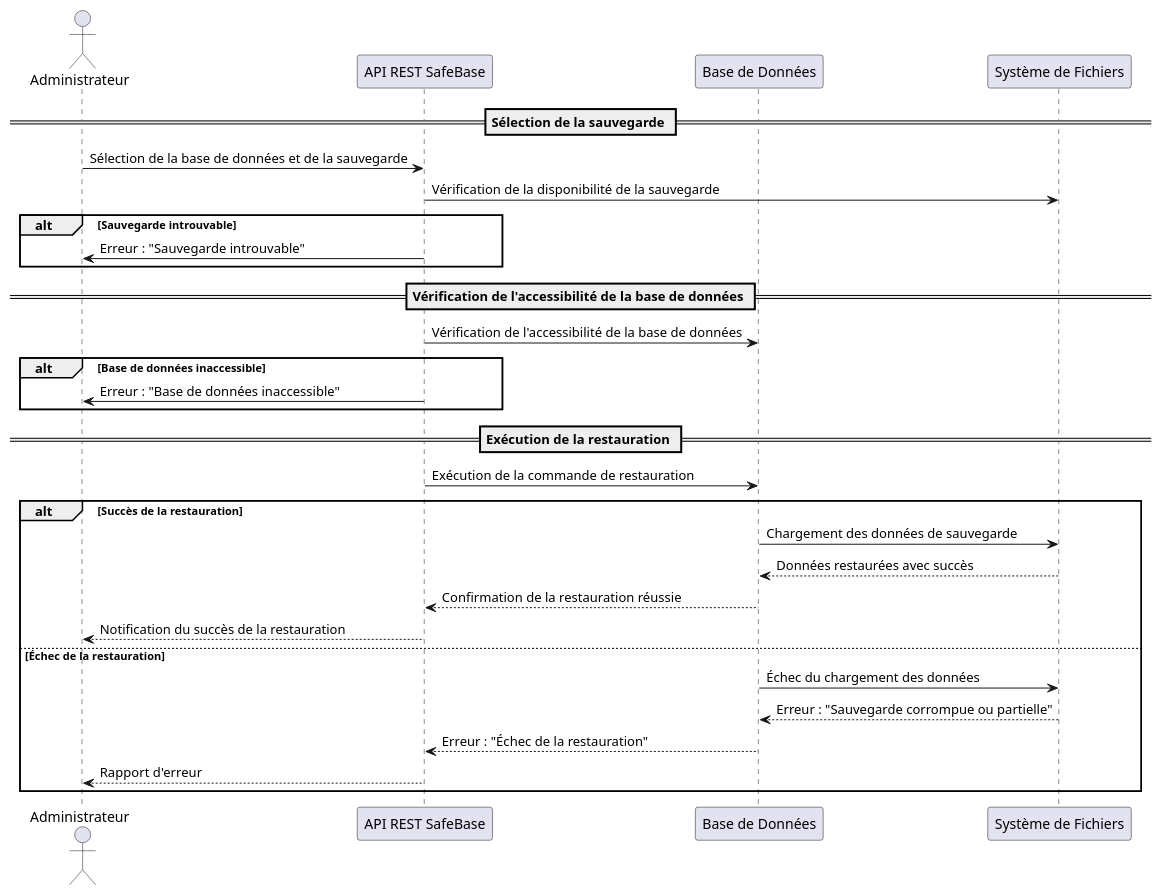
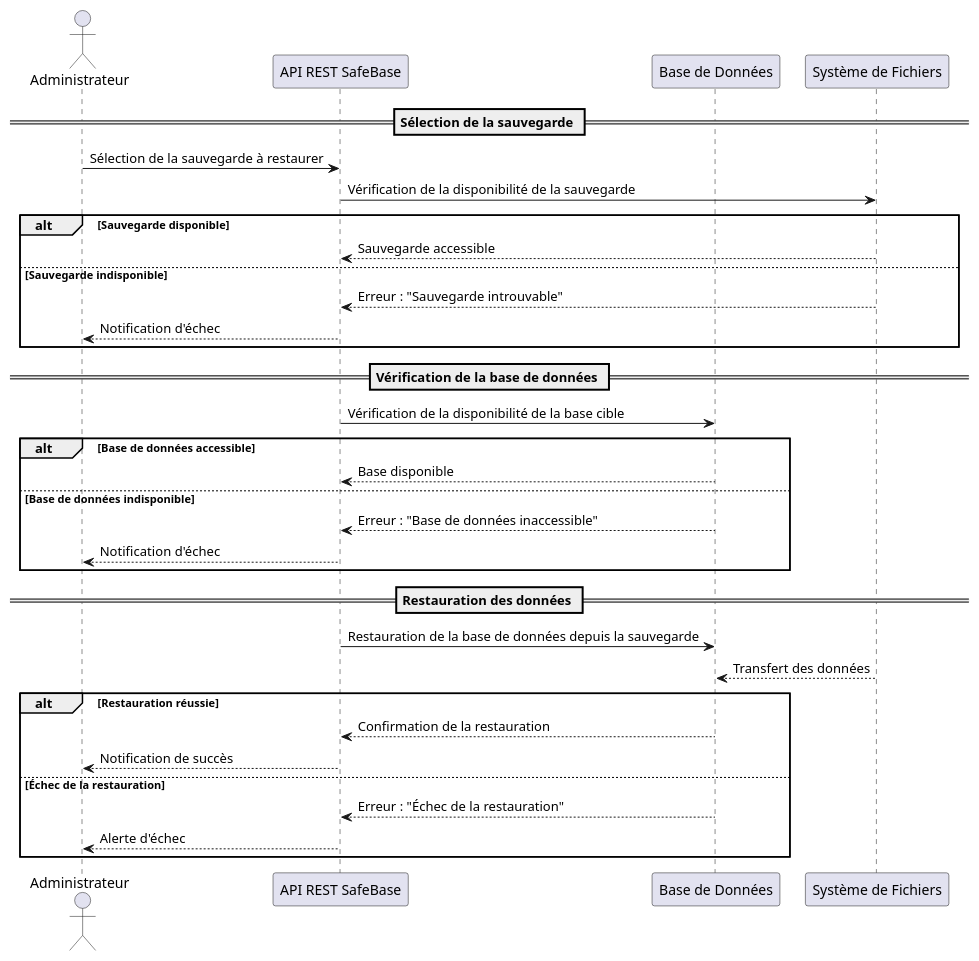
Before and after one commit to benoit-bremaud/plateforme-safebase: the fourth of 12 diagrams in docs/uml/diagramme_sequence.md, drawn with PlantUML. The commit also changed other lines of this file, not shown here.

First line of the commit message:
docs(diagram-sequence): synthesize and finalize UML sequence diagrams

````diff
--- a/docs/uml/diagramme_sequence.md
+++ b/docs/uml/diagramme_sequence.md
@@ -274,42 +203,41 @@
 ```plantuml
 @startuml
 actor "Administrateur" as Admin
 participant "API REST SafeBase" as API
 participant "Base de Données" as DB
 participant "Système de Fichiers" as FS
 
 == Sélection de la sauvegarde ==
-Admin -> API : Sélection de la base de données et de la sauvegarde
+Admin -> API : Sélection de la sauvegarde à restaurer
 API -> FS : Vérification de la disponibilité de la sauvegarde
 
-alt Sauvegarde introuvable
-  API -> Admin : Erreur : "Sauvegarde introuvable"
+alt Sauvegarde disponible
+    FS --> API : Sauvegarde accessible
+else Sauvegarde indisponible
+    FS --> API : Erreur : "Sauvegarde introuvable"
+    API --> Admin : Notification d'échec
 end alt
 
-== Vérification de l'accessibilité de la base de données ==
-API -> DB : Vérification de l'accessibilité de la base de données
+== Vérification de la base de données ==
+API -> DB : Vérification de la disponibilité de la base cible
 
-alt Base de données inaccessible
-  API -> Admin : Erreur : "Base de données inaccessible"
+alt Base de données accessible
+    DB --> API : Base disponible
+else Base de données indisponible
+    DB --> API : Erreur : "Base de données inaccessible"
+    API --> Admin : Notification d'échec
 end alt
 
-== Exécution de la restauration ==
-API -> DB : Exécution de la commande de restauration
+== Restauration des données ==
+API -> DB : Restauration de la base de données depuis la sauvegarde
+FS --> DB : Transfert des données
 
-alt Succès de la restauration
-    box "Processus de restauration"
-      DB -> FS : Chargement des données de sauvegarde
-      FS --> DB : Données restaurées avec succès
-      DB --> API : Confirmation de la restauration réussie
-      API --> Admin : Notification du succès de la restauration
-    end box
+alt Restauration réussie
+    DB --> API : Confirmation de la restauration
+    API --> Admin : Notification de succès
 else Échec de la restauration
-    box "Tentative de restauration échouée"
-      DB -> FS : Échec du chargement des données
-      FS --> DB : Erreur : "Sauvegarde corrompue ou partielle"
-      DB --> API : Erreur : "Échec de la restauration"
-      API --> Admin : Rapport d'erreur
-    end box
+    DB --> API : Erreur : "Échec de la restauration"
+    API --> Admin : Alerte d'échec
 end alt
 @enduml
 ```
````
